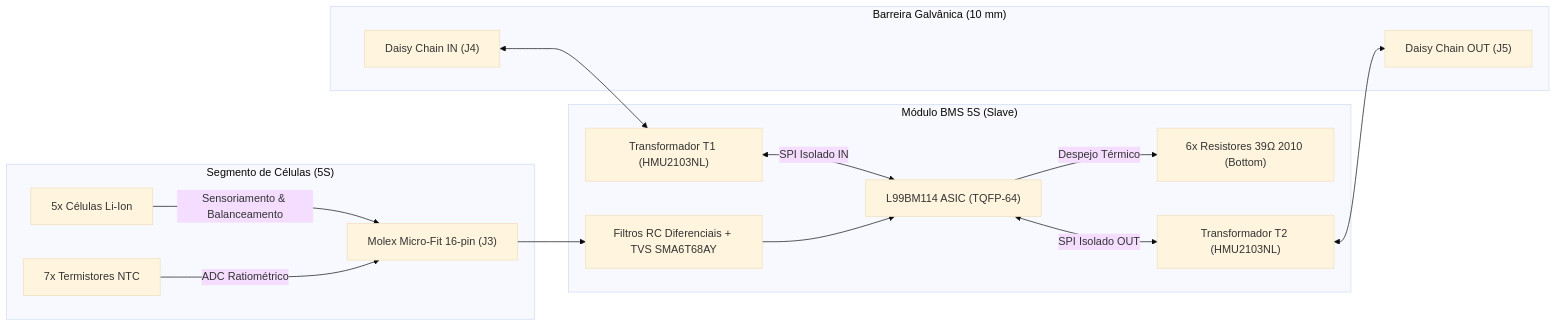
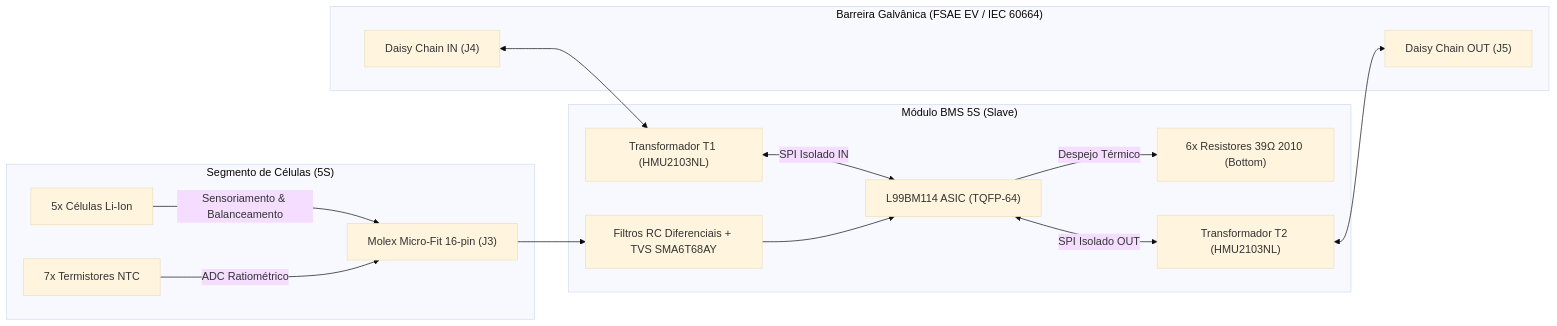
Before and after one commit to gabrielfbdiniz/BMS-5S-L99BM114: the diagram in README.md, drawn with Mermaid (base theme). The commit also changed other lines of this file and 25 other files, not shown here.

````diff
--- a/README.md
+++ b/README.md
@@ -29,21 +29,21 @@
 ```mermaid
 flowchart LR
     subgraph Battery_Segment["Segmento de Células (5S)"]
         CELLS["5x Células Li-Ion"] -->|Sensoriamento & Balanceamento| J3["Molex Micro-Fit 16-pin (J3)"]
         NTCS["7x Termistores NTC"] -->|ADC Ratiométrico| J3
     end
 
     subgraph BMS_Board["Módulo BMS 5S (Slave)"]
         J3 --> FILTER["Filtros RC Diferenciais + TVS SMA6T68AY"]
         FILTER --> IC1["L99BM114 ASIC (TQFP-64)"]
         IC1 -->|Despejo Térmico| BAL["6x Resistores 39Ω 2010 (Bottom)"]
         
         T1["Transformador T1 (HMU2103NL)"] <-->|SPI Isolado IN| IC1
         IC1 <-->|SPI Isolado OUT| T2["Transformador T2 (HMU2103NL)"]
     end
 
-    subgraph Isolation_Barrier["Barreira Galvânica (10 mm)"]
+    subgraph Isolation_Barrier["Barreira Galvânica (FSAE EV / IEC 60664)"]
         J4["Daisy Chain IN (J4)"] <--> T1
         T2 <--> J5["Daisy Chain OUT (J5)"]
     end
 ```
````
